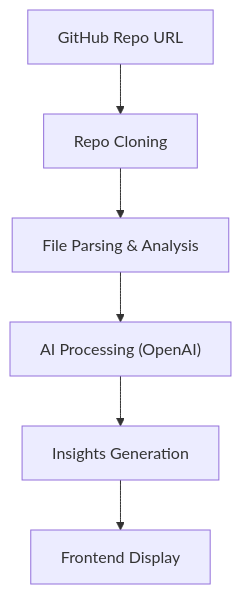
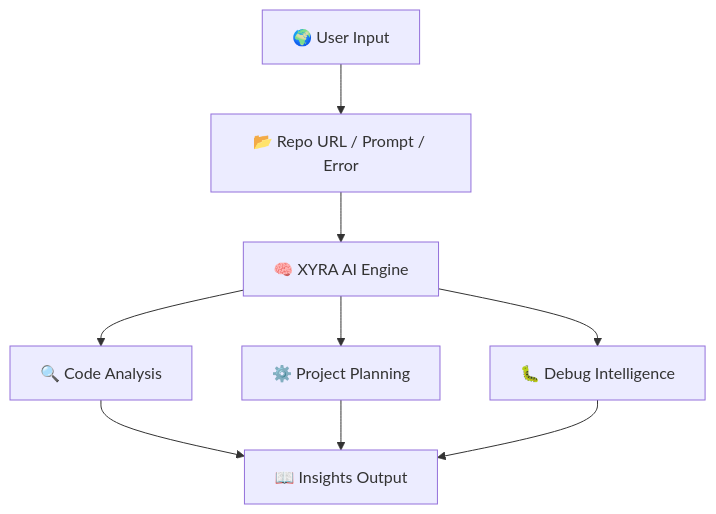
Before and after one commit to xyraa04/Xyra_AI: the diagram in README.md, drawn with Mermaid. The commit also changed other lines of this file, not shown here.

````diff
--- a/README.md
+++ b/README.md
@@ -68,8 +89,11 @@
 ```mermaid
 graph TD
-    A["GitHub Repo URL"] --> B["Repo Cloning"]
-    B --> C["File Parsing & Analysis"]
-    C --> D["AI Processing (OpenAI)"]
-    D --> E["Insights Generation"]
-    E --> F["Frontend Display"]
+    A["🌍 User Input"] --> B["📂 Repo URL / Prompt / Error"]
+    B --> C["🧠 XYRA AI Engine"]
+    C --> D["🔍 Code Analysis"]
+    C --> E["⚙️ Project Planning"]
+    C --> F["🐛 Debug Intelligence"]
+    D --> G["📖 Insights Output"]
+    E --> G
+    F --> G
 ```
````
